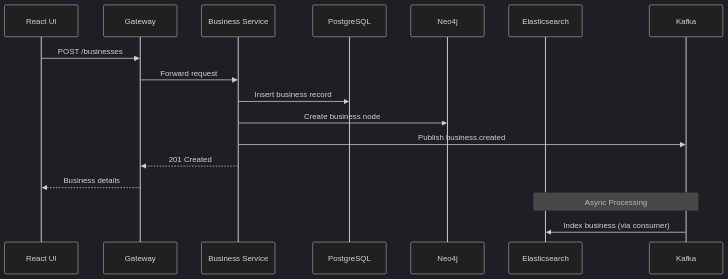
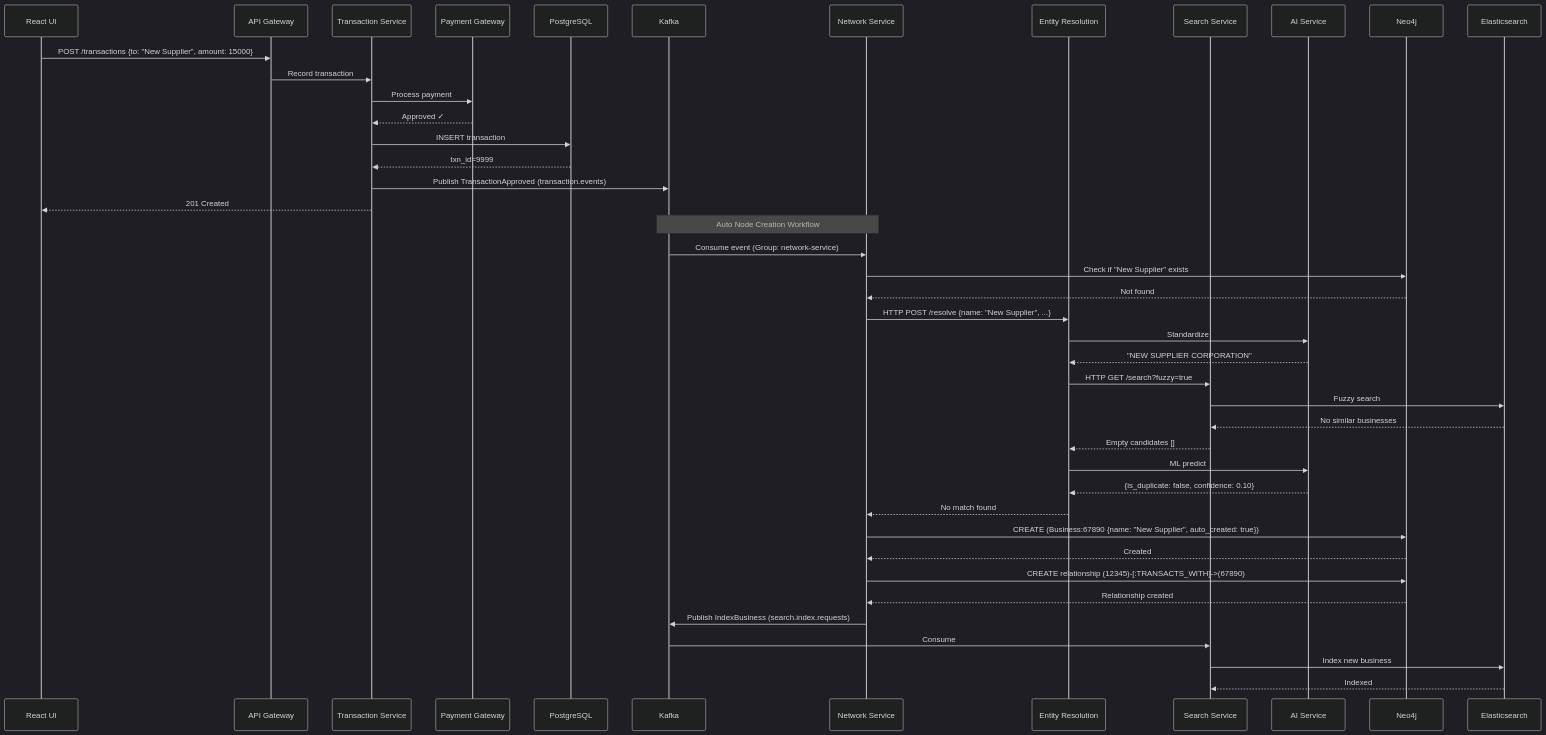
Before and after one commit to neerazz/quickbooks-business-network-interview: the third of 6 diagrams in docs/architecture/data-flow.md, drawn with Mermaid (dark theme). The commit also changed other lines of this file and 3 other files, not shown here.

````diff
--- a/docs/architecture/data-flow.md
+++ b/docs/architecture/data-flow.md
@@ -54,21 +207,51 @@
 ```mermaid
 sequenceDiagram
     participant UI as React UI
-    participant GW as Gateway
-    participant BS as Business Service
-    participant PG as PostgreSQL
+    participant GW as API Gateway
+    participant TS as Transaction Service
+    participant PG as Payment Gateway
+    participant PGDB as PostgreSQL
+    participant KAFKA as Kafka
+    participant NS as Network Service
+    participant ER as Entity Resolution
+    participant SS as Search Service
+    participant AI as AI Service
     participant NEO as Neo4j
     participant ES as Elasticsearch
-    participant KAFKA as Kafka
+
+    UI->>GW: POST /transactions {to: "New Supplier", amount: 15000}
+    GW->>TS: Record transaction
+    TS->>PG: Process payment
+    PG-->>TS: Approved ✓
+    TS->>PGDB: INSERT transaction
+    PGDB-->>TS: txn_id=9999
+    TS->>KAFKA: Publish TransactionApproved (transaction.events)
+    TS-->>UI: 201 Created
+
+    Note over KAFKA,NS: Auto Node Creation Workflow
+
+    KAFKA->>NS: Consume event (Group: network-service)
+    NS->>NEO: Check if "New Supplier" exists
+    NEO-->>NS: Not found
     
-    UI->>GW: POST /businesses
-    GW->>BS: Forward request
-    BS->>PG: Insert business record
-    BS->>NEO: Create business node
-    BS->>KAFKA: Publish business.created
-    BS-->>GW: 201 Created
-    GW-->>UI: Business details
+    NS->>ER: HTTP POST /resolve {name: "New Supplier", ...}
+    ER->>AI: Standardize
+    AI-->>ER: "NEW SUPPLIER CORPORATION"
+    ER->>SS: HTTP GET /search?fuzzy=true
+    SS->>ES: Fuzzy search
+    ES-->>SS: No similar businesses
+    SS-->>ER: Empty candidates []
+    ER->>AI: ML predict
+    AI-->>ER: {is_duplicate: false, confidence: 0.10}
+    ER-->>NS: No match found
     
-    Note over KAFKA,ES: Async Processing
-    KAFKA->>ES: Index business (via consumer)
+    NS->>NEO: CREATE (Business:67890 {name: "New Supplier", auto_created: true})
+    NEO-->>NS: Created
+    NS->>NEO: CREATE relationship (12345)-[:TRANSACTS_WITH]->(67890)
+    NEO-->>NS: Relationship created
+    
+    NS->>KAFKA: Publish IndexBusiness (search.index.requests)
+    KAFKA->>SS: Consume
+    SS->>ES: Index new business
+    ES-->>SS: Indexed
 ```
````
